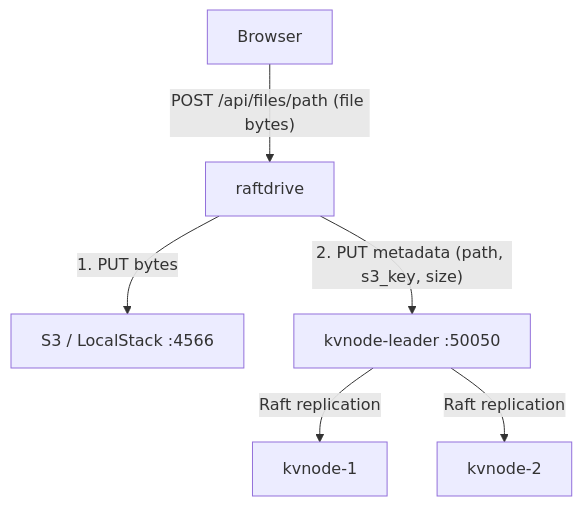
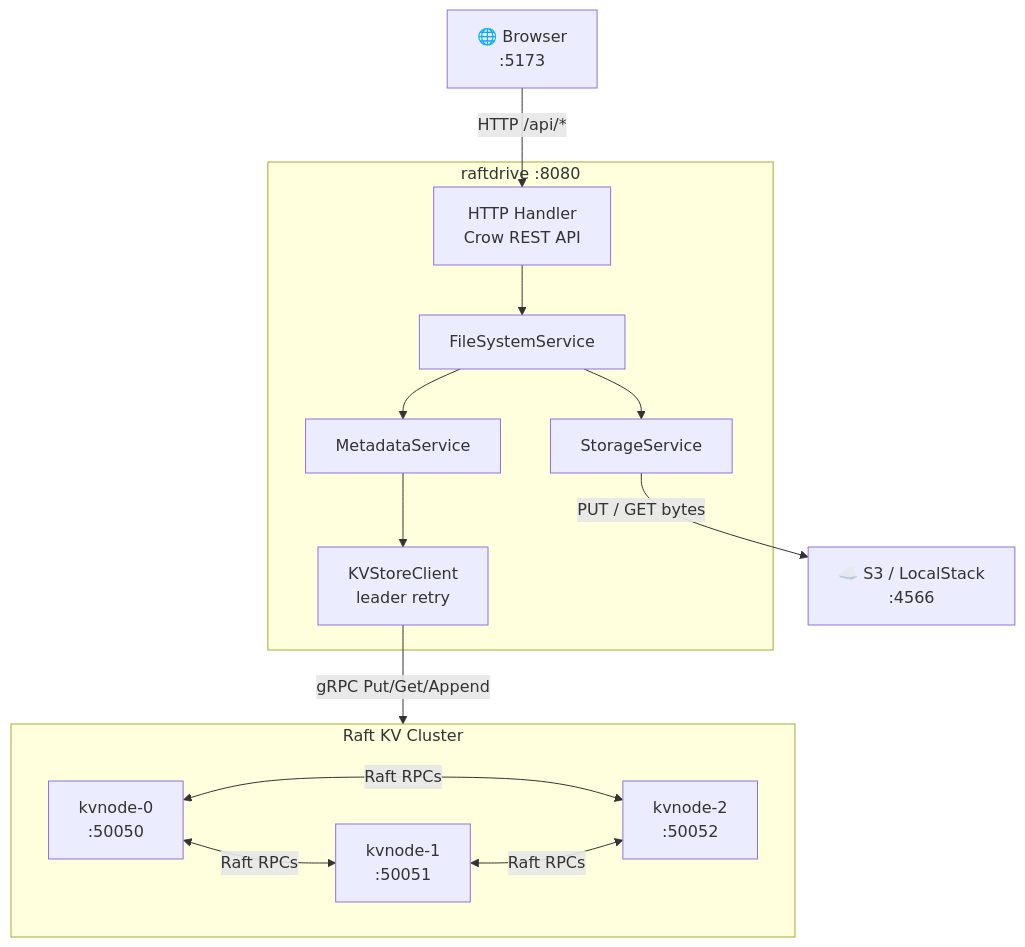
The diagram in README.md (DesmondYau/RaftDrive), drawn with Mermaid before and after one commit. The commit also changed other lines of this file, not shown here.

Commit message:
Update architecture diagram with service layer detail

````diff
--- a/README.md
+++ b/README.md
@@ -11,8 +9,34 @@
 ```mermaid
 flowchart TD
-    Browser -->|"POST /api/files/path (file bytes)"| raftdrive
-    raftdrive -->|"1. PUT bytes"| S3["S3 / LocalStack :4566"]
-    raftdrive -->|"2. PUT metadata (path, s3_key, size)"| Leader["kvnode-leader :50050"]
-    Leader -->|"Raft replication"| N1["kvnode-1"]
-    Leader -->|"Raft replication"| N2["kvnode-2"]
+    Browser["🌐 Browser\n:5173"]
+
+    subgraph raftdrive["raftdrive  :8080"]
+        Handler["HTTP Handler\nCrow REST API"]
+        FS["FileSystemService"]
+        Meta["MetadataService"]
+        Storage["StorageService"]
+        KVClient["KVStoreClient\nleader retry"]
+
+        Handler --> FS
+        FS --> Meta
+        FS --> Storage
+        Meta --> KVClient
+    end
+
+    subgraph kvcluster["Raft KV Cluster"]
+        direction LR
+        KV0["kvnode-0\n:50050"]
+        KV1["kvnode-1\n:50051"]
+        KV2["kvnode-2\n:50052"]
+
+        KV0 <-->|"Raft RPCs"| KV1
+        KV0 <-->|"Raft RPCs"| KV2
+        KV1 <-->|"Raft RPCs"| KV2
+    end
+
+    S3["☁️ S3 / LocalStack\n:4566"]
+
+    Browser -->|"HTTP /api/*"| Handler
+    KVClient -->|"gRPC Put/Get/Append"| KV0
+    Storage -->|"PUT / GET bytes"| S3
 ```
````
